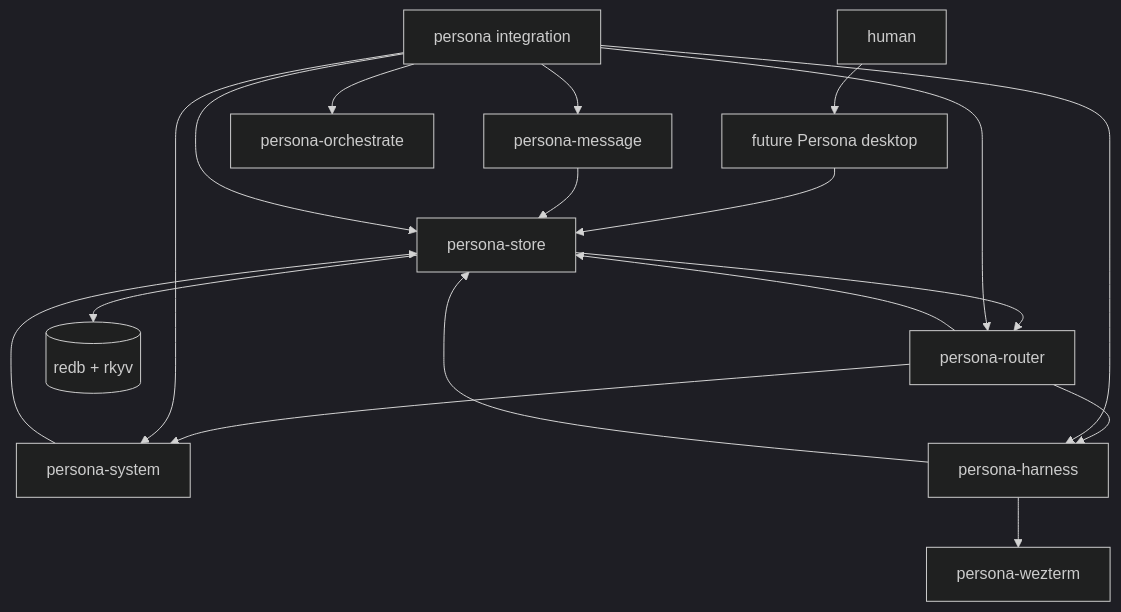
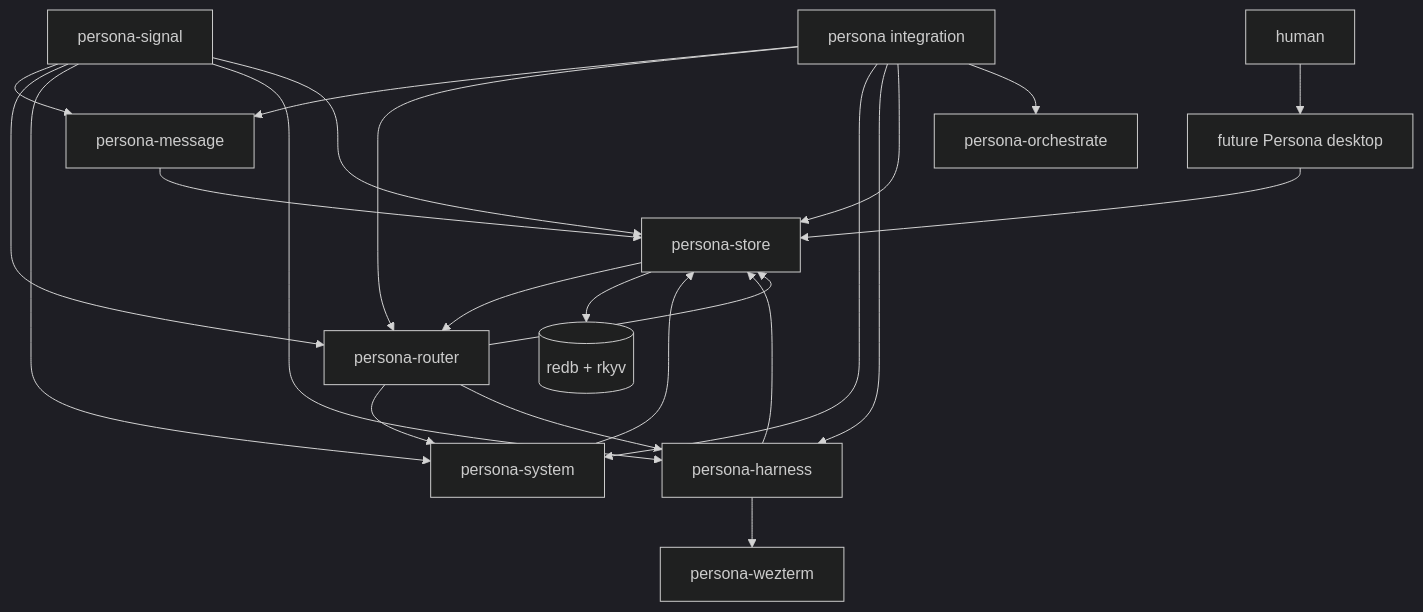
The first of 18 diagrams in reports/operator/9-persona-message-router-architecture.md (LiGoldragon/primary), drawn with Mermaid (dark theme) before and after one commit. The commit also changed other lines of this file, not shown here.

Commit message:
integrate Persona contract repo design

````diff
--- a/reports/operator/9-persona-message-router-architecture.md
+++ b/reports/operator/9-persona-message-router-architecture.md
@@ -35,32 +35,38 @@
 ```mermaid
 flowchart TB
     human["human"]
     desktop["future Persona desktop"]
+    signal["persona-signal"]
     message["persona-message"]
     router["persona-router"]
     system["persona-system"]
     harness["persona-harness"]
     wezterm["persona-wezterm"]
     pstore["persona-store"]
     orchestrate["persona-orchestrate"]
     persona["persona integration"]
     store[("redb + rkyv")]
 
     human --> desktop
+    signal --> message
+    signal --> router
+    signal --> system
+    signal --> harness
+    signal --> pstore
     desktop --> pstore
     message --> pstore
     pstore --> router
     router --> system
     router --> harness
     harness --> wezterm
     pstore --> store
     router --> pstore
     harness --> pstore
     system --> pstore
     persona --> message
     persona --> router
     persona --> system
     persona --> harness
     persona --> pstore
     persona --> orchestrate
 ```
````
